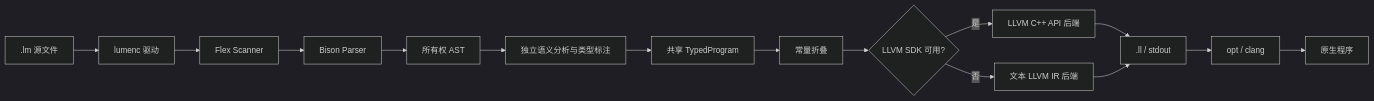
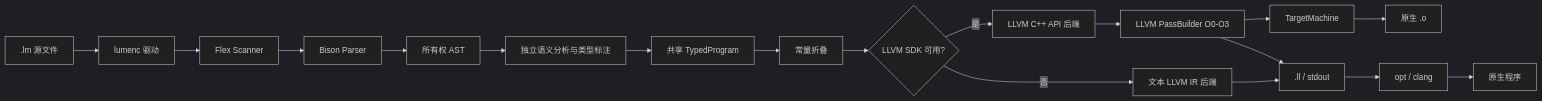
One commit to wiseism/c-compiler changed the diagram in docs/architecture.md. Above: the diagram before and after it, drawn with Mermaid (dark theme). The commit also changed other lines of this file and 9 other files, not shown here.

Commit message:
feat: add LLVM optimization and object emission

````diff
--- a/docs/architecture.md
+++ b/docs/architecture.md
@@ -25,17 +25,20 @@
 ```mermaid
 flowchart LR
     Source[.lm 源文件] --> Driver[lumenc 驱动]
     Driver --> Flex[Flex Scanner]
     Flex --> Bison[Bison Parser]
     Bison --> AST[所有权 AST]
     AST --> Semantic[独立语义分析与类型标注]
     Semantic --> TIR[共享 TypedProgram]
     TIR --> Fold[常量折叠]
     Fold --> Select{LLVM SDK 可用?}
     Select -->|是| API[LLVM C++ API 后端]
     Select -->|否| Text[文本 LLVM IR 后端]
-    API --> IR[.ll / stdout]
+    API --> Passes[LLVM PassBuilder O0-O3]
+    Passes --> IR[.ll / stdout]
+    Passes --> TM[TargetMachine]
+    TM --> Object[原生 .o]
     Text --> IR
     IR --> LLVM[opt / clang]
     LLVM --> Native[原生程序]
 ```
````
